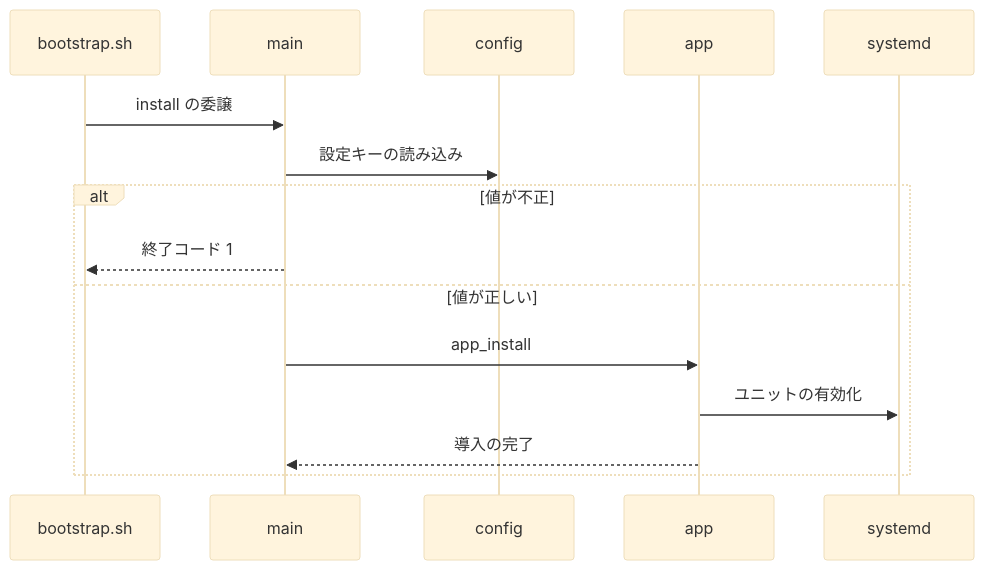
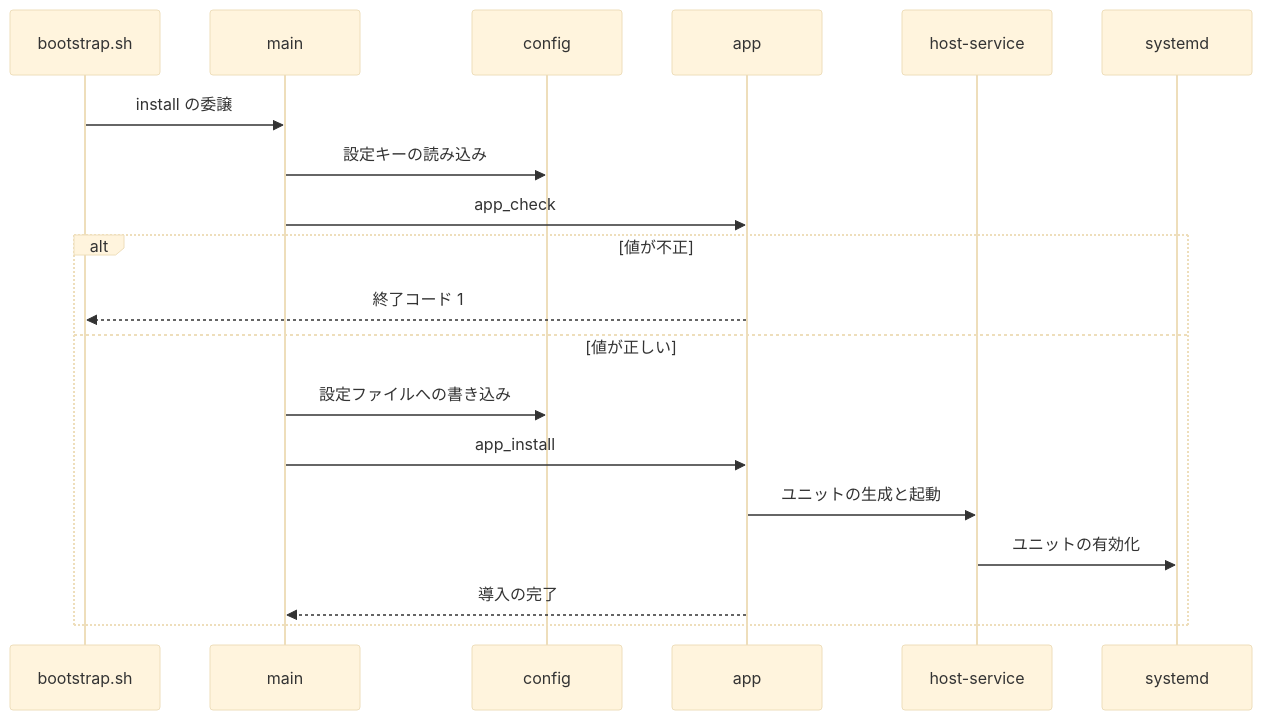
Before and after one commit to nekono-dev/ytdlpServer: the second of 2 diagrams in specs/installer/design.md, drawn with Mermaid (base theme). The commit also changed other lines of this file and 16 other files, not shown here.

First line of the commit message:
インストーラを host-service-builder の共通ライブラリへ移し、各サービスを専用ユーザー ytdlpserver で動かす

````diff
--- a/specs/installer/design.md
+++ b/specs/installer/design.md
@@ -39,17 +39,21 @@
 ```mermaid
 sequenceDiagram
   participant bootstrap_sh as bootstrap.sh
   participant main
   participant config
   participant app
+  participant host_service as host-service
   participant ext_systemd as systemd
   bootstrap_sh->>main: install の委譲
   main->>config: 設定キーの読み込み
+  main->>app: app_check
   alt 値が不正
-    main-->>bootstrap_sh: 終了コード 1
+    app-->>bootstrap_sh: 終了コード 1
   else 値が正しい
+    main->>config: 設定ファイルへの書き込み
     main->>app: app_install
-    app->>ext_systemd: ユニットの有効化
+    app->>host_service: ユニットの生成と起動
+    host_service->>ext_systemd: ユニットの有効化
     app-->>main: 導入の完了
   end
 ```
````
